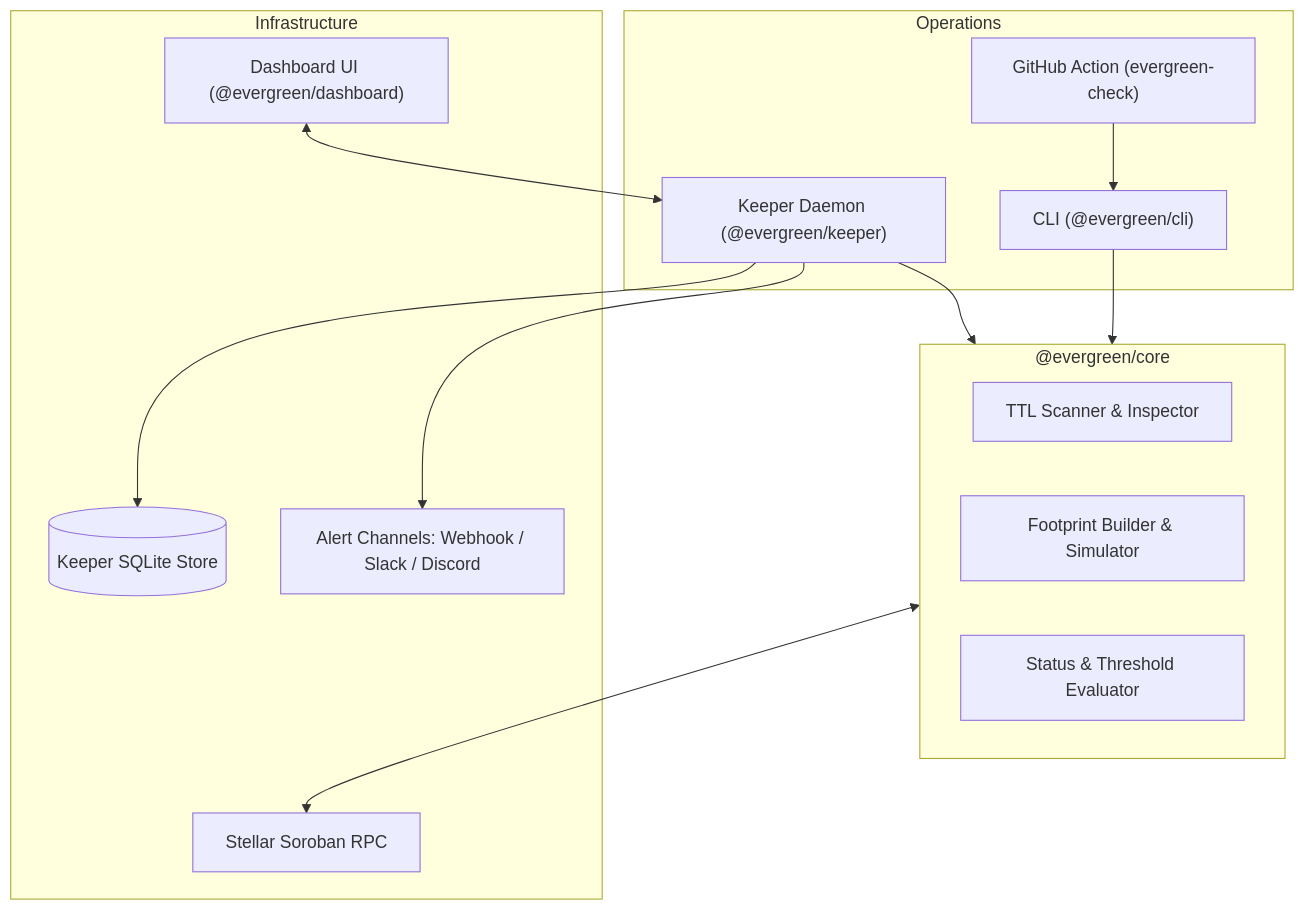
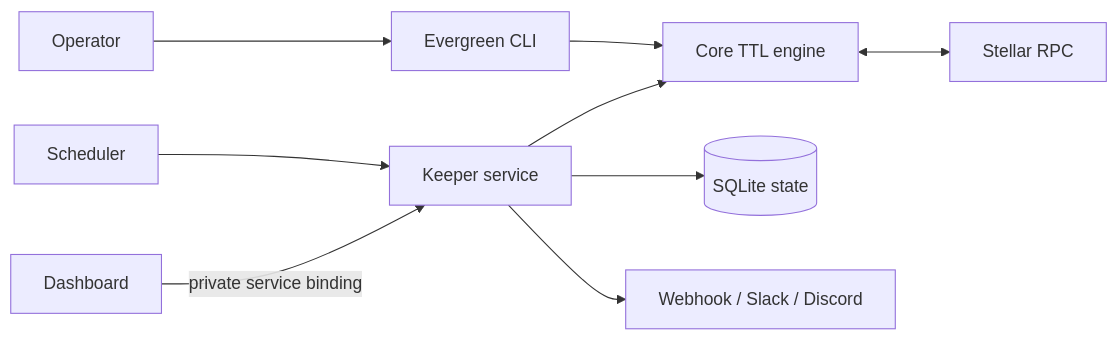
Before and after one commit to Evergreen-production/evergreen: the diagram in README.md, drawn with Mermaid. The commit also changed other lines of this file and 18 other files, not shown here.

````diff
--- a/README.md
+++ b/README.md
@@ -53,30 +35,11 @@
 ```mermaid
-flowchart TD
-    subgraph Core ["@evergreen/core"]
-        Scanner[TTL Scanner & Inspector]
-        FootprintBuilder[Footprint Builder & Simulator]
-        ThresholdEngine[Status & Threshold Evaluator]
-    end
-
-    subgraph Operations
-        CLI["CLI (@evergreen/cli)"]
-        KeeperDaemon["Keeper Daemon (@evergreen/keeper)"]
-        GAction["GitHub Action (evergreen-check)"]
-    end
-
-    subgraph Infrastructure
-        StellarRPC[Stellar Soroban RPC]
-        SQLite[(Keeper SQLite Store)]
-        AlertChannels[Alert Channels: Webhook / Slack / Discord]
-        Dashboard["Dashboard UI (@evergreen/dashboard)"]
-    end
-
-    CLI --> Core
-    KeeperDaemon --> Core
-    GAction --> CLI
-
-    Core <--> StellarRPC
-    KeeperDaemon --> SQLite
-    KeeperDaemon --> AlertChannels
-    Dashboard <--> KeeperDaemon
+flowchart LR
+    Operator --> CLI[Evergreen CLI]
+    Scheduler --> Keeper[Keeper service]
+    CLI --> Core[Core TTL engine]
+    Keeper --> Core
+    Core <--> RPC[Stellar RPC]
+    Keeper --> Store[(SQLite state)]
+    Keeper --> Alerts[Webhook / Slack / Discord]
+    Dashboard -->|private service binding| Keeper
 ```
````
